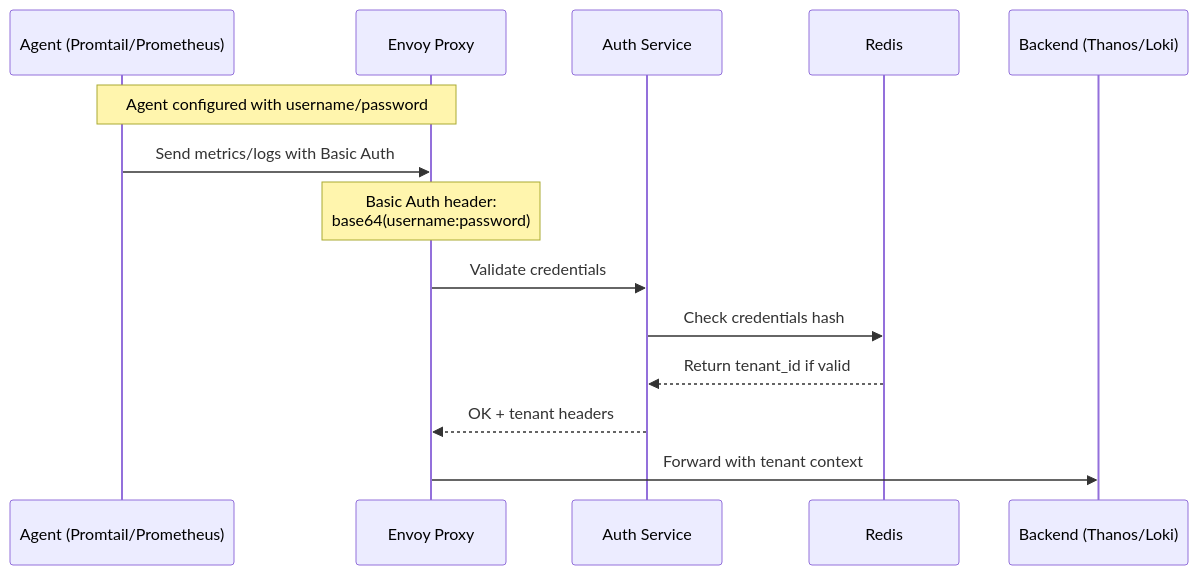
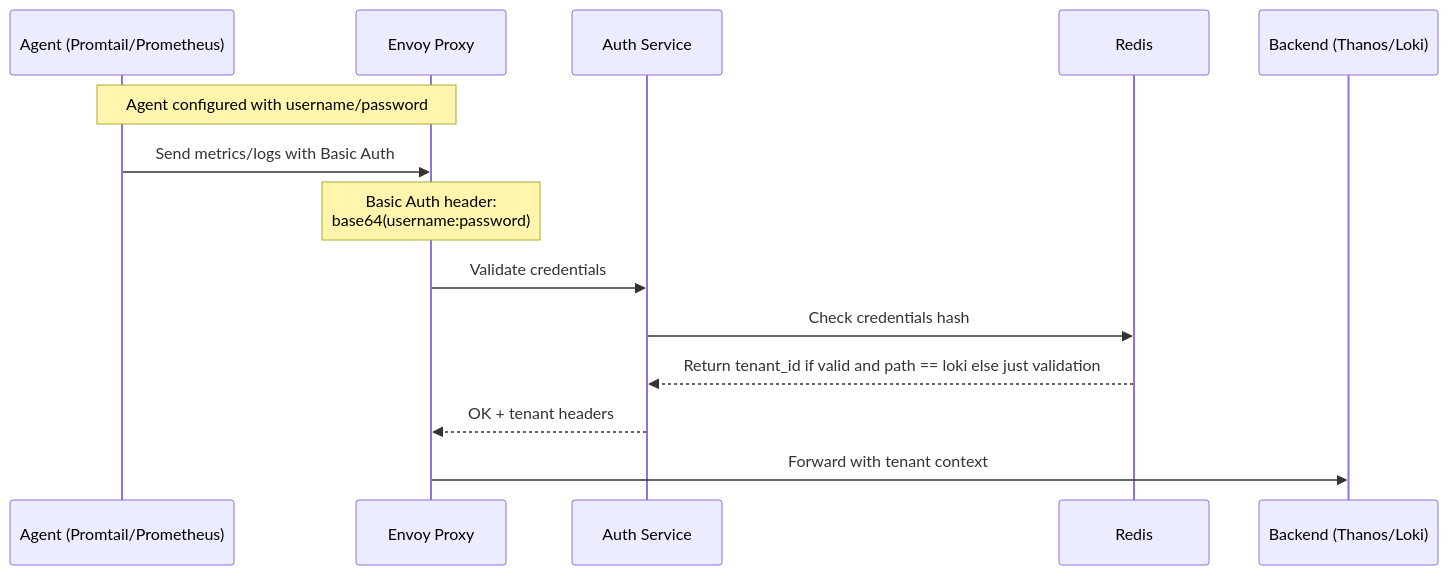
Before and after one commit to segunjkf/dynamic-auth: the diagram in README.md, drawn with Mermaid.

Commit message:
chore: simple docs rework

````diff
--- a/README.md
+++ b/README.md
@@ -3,17 +3,17 @@
 ```mermaid
 sequenceDiagram
     participant A as Agent (Promtail/Prometheus)
     participant E as Envoy Proxy
     participant AS as Auth Service
     participant R as Redis
     participant B as Backend (Thanos/Loki)
 
     Note over A,E: Agent configured with username/password
     A->>E: Send metrics/logs with Basic Auth
     Note over E: Basic Auth header:<br/>base64(username:password)
     E->>AS: Validate credentials
     AS->>R: Check credentials hash
-    R-->>AS: Return tenant_id if valid
+    R-->>AS: Return tenant_id if valid and path == loki else just validation
     AS-->>E: OK + tenant headers
     E->>B: Forward with tenant context
 ```
````
